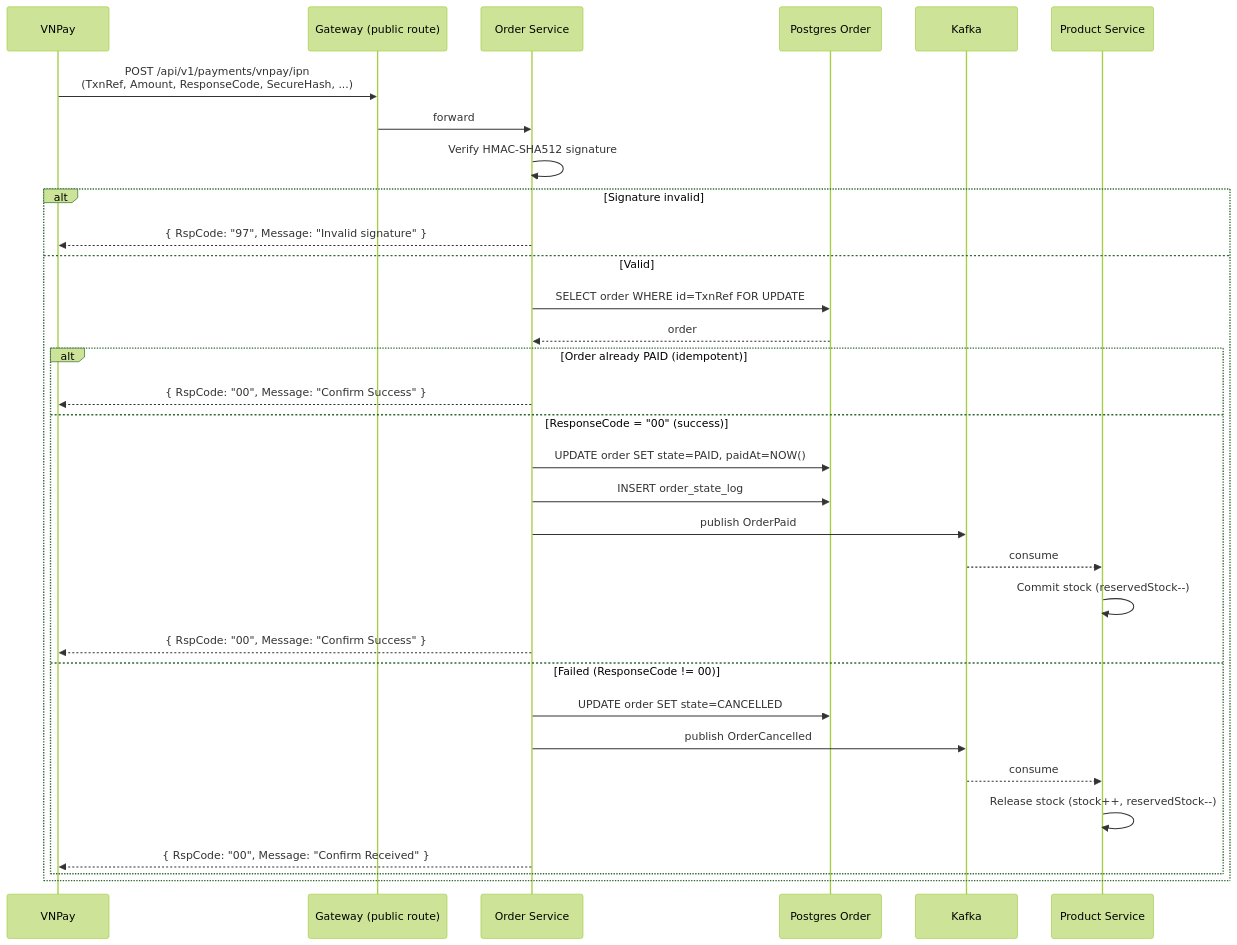
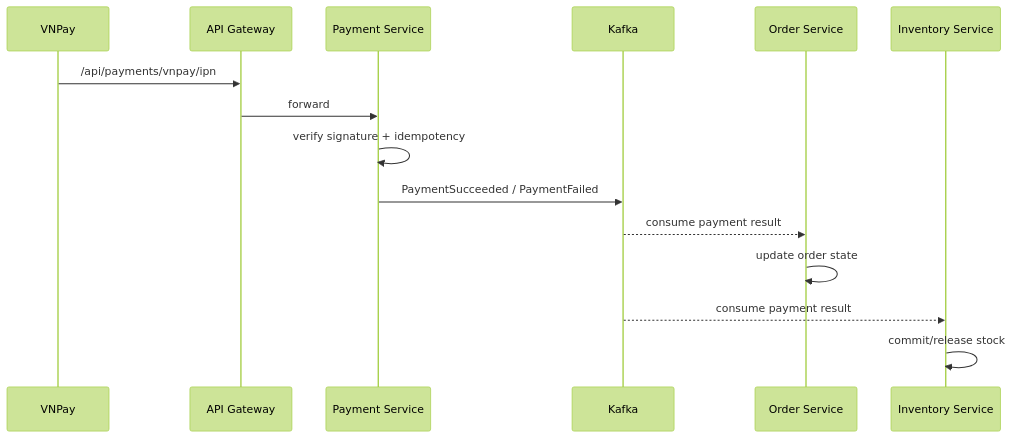
One commit to dminhduc250136/ptit_htpt changed the third of 5 diagrams in architecture/02-sequence-diagrams.md. Above: the diagram before and after it, drawn with Mermaid (forest theme). The commit also changed other lines of this file and 30 other files, not shown here.

````diff
--- a/architecture/02-sequence-diagrams.md
+++ b/architecture/02-sequence-diagrams.md
@@ -169,35 +47,18 @@
 ```mermaid
 sequenceDiagram
     participant V as VNPay
-    participant GW as Gateway (public route)
+    participant GW as API Gateway
+    participant PAY as Payment Service
+    participant K as Kafka
     participant OS as Order Service
-    participant DB as Postgres Order
-    participant K as Kafka
-    participant PS as Product Service
+    participant INV as Inventory Service
 
-    V->>GW: POST /api/v1/payments/vnpay/ipn<br/>(TxnRef, Amount, ResponseCode, SecureHash, ...)
-    GW->>OS: forward
-    OS->>OS: Verify HMAC-SHA512 signature
-    alt Signature invalid
-        OS-->>V: { RspCode: "97", Message: "Invalid signature" }
-    else Valid
-        OS->>DB: SELECT order WHERE id=TxnRef FOR UPDATE
-        DB-->>OS: order
-        alt Order already PAID (idempotent)
-            OS-->>V: { RspCode: "00", Message: "Confirm Success" }
-        else ResponseCode = "00" (success)
-            OS->>DB: UPDATE order SET state=PAID, paidAt=NOW()
-            OS->>DB: INSERT order_state_log
-            OS->>K: publish OrderPaid
-            K-->>PS: consume
-            PS->>PS: Commit stock (reservedStock--)
-            OS-->>V: { RspCode: "00", Message: "Confirm Success" }
-        else Failed (ResponseCode != 00)
-            OS->>DB: UPDATE order SET state=CANCELLED
-            OS->>K: publish OrderCancelled
-            K-->>PS: consume
-            PS->>PS: Release stock (stock++, reservedStock--)
-            OS-->>V: { RspCode: "00", Message: "Confirm Received" }
-        end
-    end
+    V->>GW: /api/payments/vnpay/ipn
+    GW->>PAY: forward
+    PAY->>PAY: verify signature + idempotency
+    PAY->>K: PaymentSucceeded / PaymentFailed
+    K-->>OS: consume payment result
+    OS->>OS: update order state
+    K-->>INV: consume payment result
+    INV->>INV: commit/release stock
 ```
````
